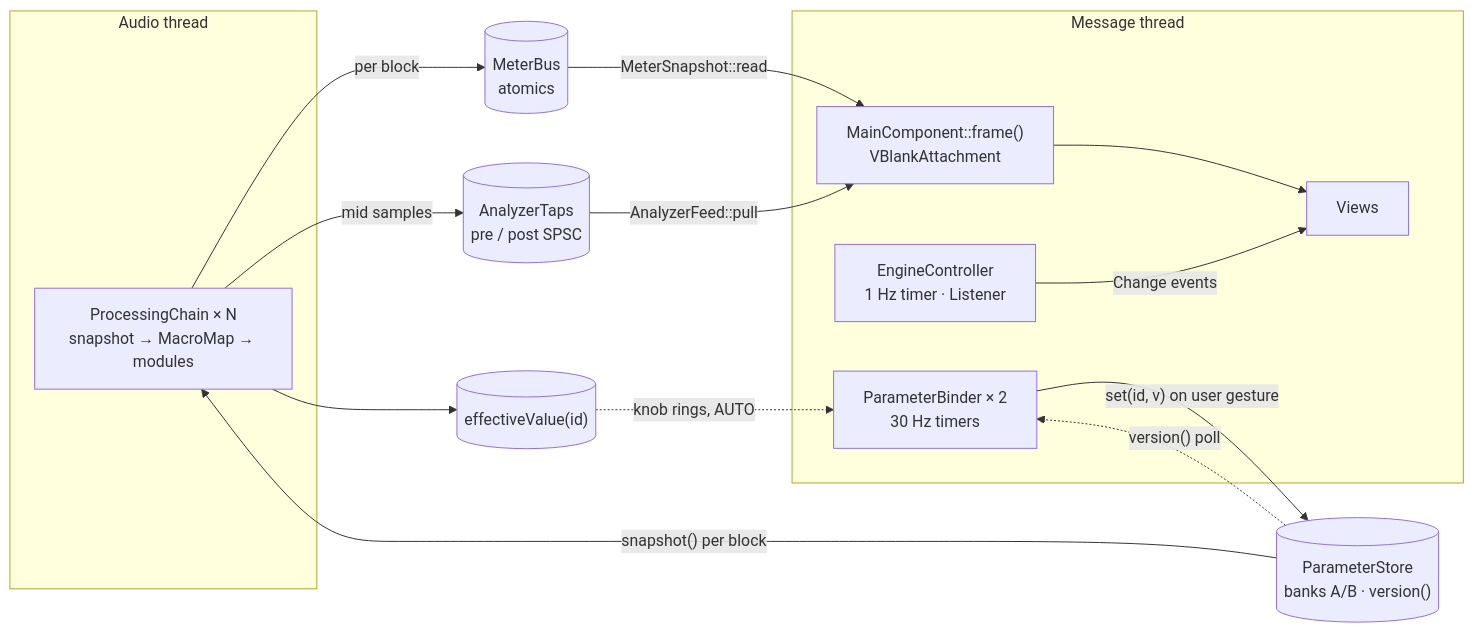
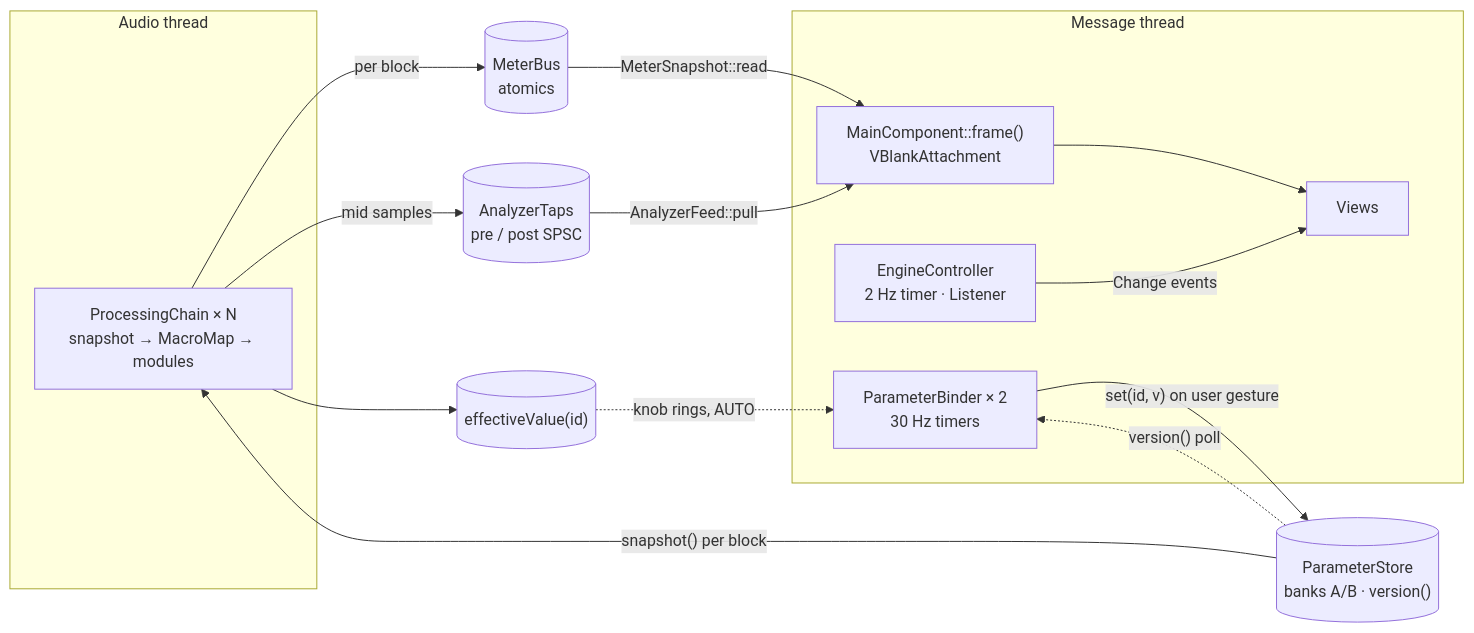
One commit to flubydooby-creator/Flubsound changed the first of 2 diagrams in docs/06-gui.md. Above: the diagram before and after it, drawn with Mermaid. The commit also changed other lines of this file and 52 other files, not shown here.

````diff
--- a/docs/06-gui.md
+++ b/docs/06-gui.md
@@ -475,27 +475,27 @@
 ```mermaid
 flowchart LR
     subgraph AUD["Audio thread"]
         PC["ProcessingChain × N<br/>snapshot → MacroMap → modules"]
     end
     PS[("ParameterStore<br/>banks A/B · version()")]
     EV[("effectiveValue(id)")]
     MB[("MeterBus<br/>atomics")]
     TP[("AnalyzerTaps<br/>pre / post SPSC")]
     subgraph MSG["Message thread"]
         PB["ParameterBinder × 2<br/>30 Hz timers"]
         FR["MainComponent::frame()<br/>VBlankAttachment"]
-        EC["EngineController<br/>1 Hz timer · Listener"]
+        EC["EngineController<br/>2 Hz timer · Listener"]
         VW["Views"]
     end
     PB -->|"set(id, v) on user gesture"| PS
     PS -->|"snapshot() per block"| PC
     PS -.->|"version() poll"| PB
     PC --> EV
     EV -.->|"knob rings, AUTO"| PB
     PC -->|"per block"| MB
     MB -->|"MeterSnapshot::read"| FR
     PC -->|"mid samples"| TP
     TP -->|"AnalyzerFeed::pull"| FR
     FR --> VW
     EC -->|"Change events"| VW
 ```
````
